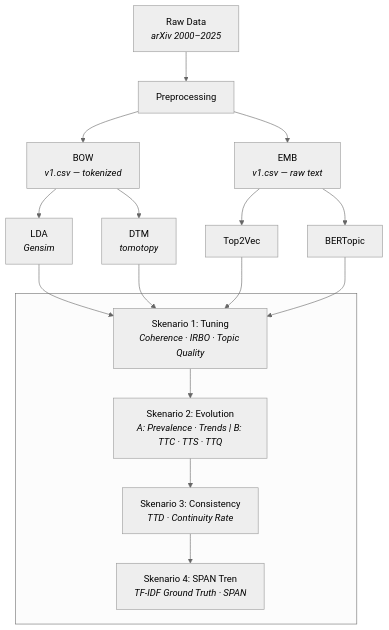
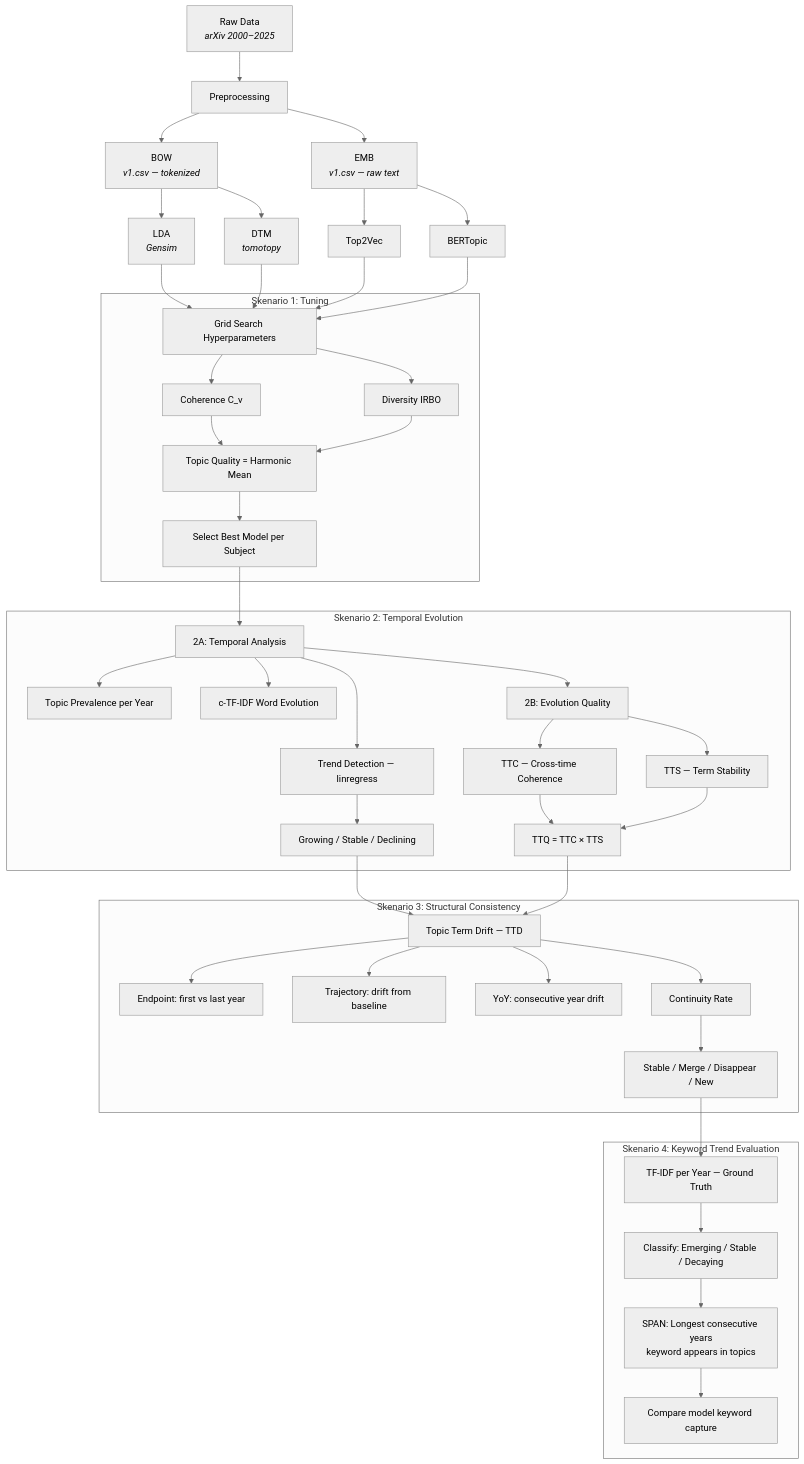
One commit to unedtamps/my-thesis changed the diagram in README.md. Above: the diagram before and after it, drawn with Mermaid (neutral theme).

Commit message:
docs: update architecture details on each scenario

````diff
--- a/README.md
+++ b/README.md
@@ -7,21 +7,58 @@
 ```mermaid
 graph TD
     A["Raw Data<br/><i>arXiv 2000–2025</i>"] --> B["Preprocessing"]
 
     B --> C["BOW<br/><i>v1.csv — tokenized</i>"]
     B --> D["EMB<br/><i>v1.csv — raw text</i>"]
 
     C --> E["LDA<br/><i>Gensim</i>"]
     C --> F["DTM<br/><i>tomotopy</i>"]
     D --> G["Top2Vec"]
     D --> H["BERTopic"]
 
     E & F & G & H --> S1
 
-    subgraph Scenarios [" "]
-        S1["Skenario 1: Tuning<br/><i>Coherence · IRBO · Topic Quality</i>"]
-        S1 --> S2["Skenario 2: Evolution<br/><i>A: Prevalence · Trends | B: TTC · TTS · TTQ</i>"]
-        S2 --> S3["Skenario 3: Consistency<br/><i>TTD · Continuity Rate</i>"]
-        S3 --> S4["Skenario 4: SPAN Tren<br/><i>TF-IDF Ground Truth · SPAN</i>"]
+    subgraph S1g ["Skenario 1: Tuning"]
+        S1["Grid Search Hyperparameters"]
+        S1 --> S1a["Coherence C_v"]
+        S1 --> S1b["Diversity IRBO"]
+        S1a & S1b --> S1c["Topic Quality = Harmonic Mean"]
+        S1c --> S1d["Select Best Model per Subject"]
+    end
+
+    S1d --> S2
+
+    subgraph S2g ["Skenario 2: Temporal Evolution"]
+        S2["2A: Temporal Analysis"]
+        S2 --> S2a["Topic Prevalence per Year"]
+        S2 --> S2b["c-TF-IDF Word Evolution"]
+        S2 --> S2c["Trend Detection — linregress"]
+        S2c --> S2d["Growing / Stable / Declining"]
+
+        S2 --> S2e["2B: Evolution Quality"]
+        S2e --> S2f["TTC — Cross-time Coherence"]
+        S2e --> S2g2["TTS — Term Stability"]
+        S2f & S2g2 --> S2h["TTQ = TTC × TTS"]
+    end
+
+    S2d & S2h --> S3
+
+    subgraph S3g ["Skenario 3: Structural Consistency"]
+        S3["Topic Term Drift — TTD"]
+        S3 --> S3a["Endpoint: first vs last year"]
+        S3 --> S3b["Trajectory: drift from baseline"]
+        S3 --> S3c["YoY: consecutive year drift"]
+
+        S3 --> S3d["Continuity Rate"]
+        S3d --> S3e["Stable / Merge / Disappear / New"]
+    end
+
+    S3e --> S4
+
+    subgraph S4g ["Skenario 4: Keyword Trend Evaluation"]
+        S4["TF-IDF per Year — Ground Truth"]
+        S4 --> S4a["Classify: Emerging / Stable / Decaying"]
+        S4a --> S4b["SPAN: Longest consecutive years<br/>keyword appears in topics"]
+        S4b --> S4c["Compare model keyword capture"]
     end
 ```
````
